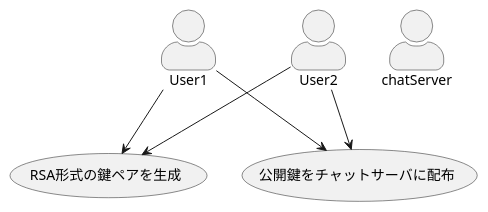
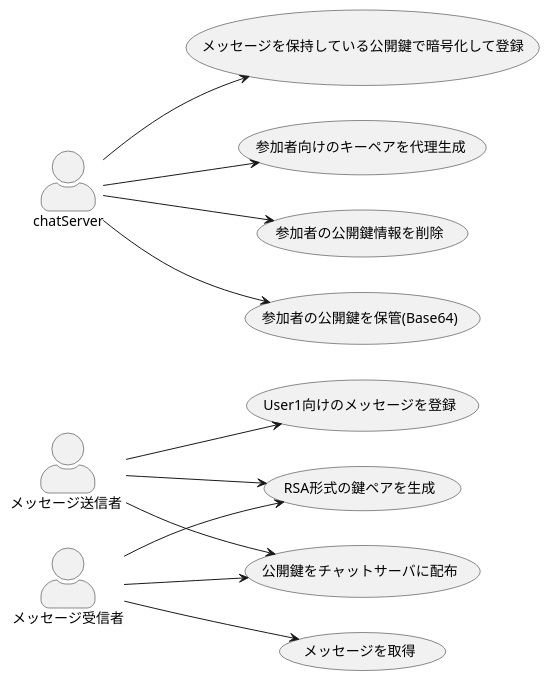
The first of 2 diagrams in src/main/resources/umls/basic.pu (atowaito/SecreteMessanger), drawn with PlantUML before and after one commit. The commit also changed other lines of this file, not shown here.

```diff
--- a/src/main/resources/umls/basic.pu
+++ b/src/main/resources/umls/basic.pu
@@ -1,16 +1,31 @@
 @startuml 想定ユースケース
+    left to right direction
     skinparam actorStyle awesome 
-    actor User1 as user1
-    actor User2 as user2
+
+
+    actor "メッセージ受信者" as user1
+    actor "メッセージ送信者 " as user2
     actor chatServer as server
     user1-->(generateKeypairs)
     user2-->(generateKeypairs)
 
     user1-->(registPublicKey)
     user2-->(registPublicKey)
-
+    user1-->(getMessage)
+    user2-->(sendMessage)
+    server-->(recordMessage)
+    server-->(createUserKeypairs)
+    server-->(deletePublicKey)
+    server-->(recordPublicKey)
     "RSA形式の鍵ペアを生成" as (generateKeypairs)
     "公開鍵をチャットサーバに配布" as (registPublicKey)
+    "User1向けのメッセージを登録" as (sendMessage)
+    "メッセージを取得" as (getMessage)
+    "メッセージを保持している公開鍵で暗号化して登録" as (recordMessage)
+    "参加者向けのキーペアを代理生成" as (createUserKeypairs)
+    "参加者の公開鍵情報を削除" as (deletePublicKey)
+    "参加者の公開鍵を保管(Base64)" as (recordPublicKey)
+
 
 
 @enduml
```
